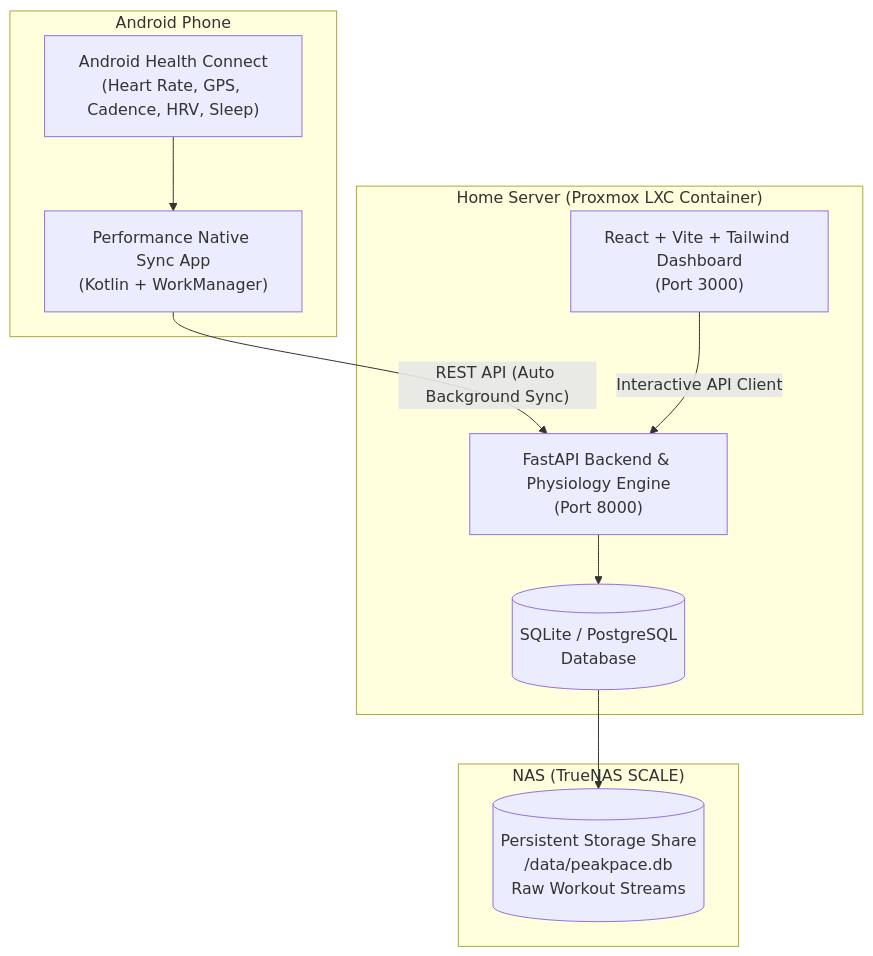
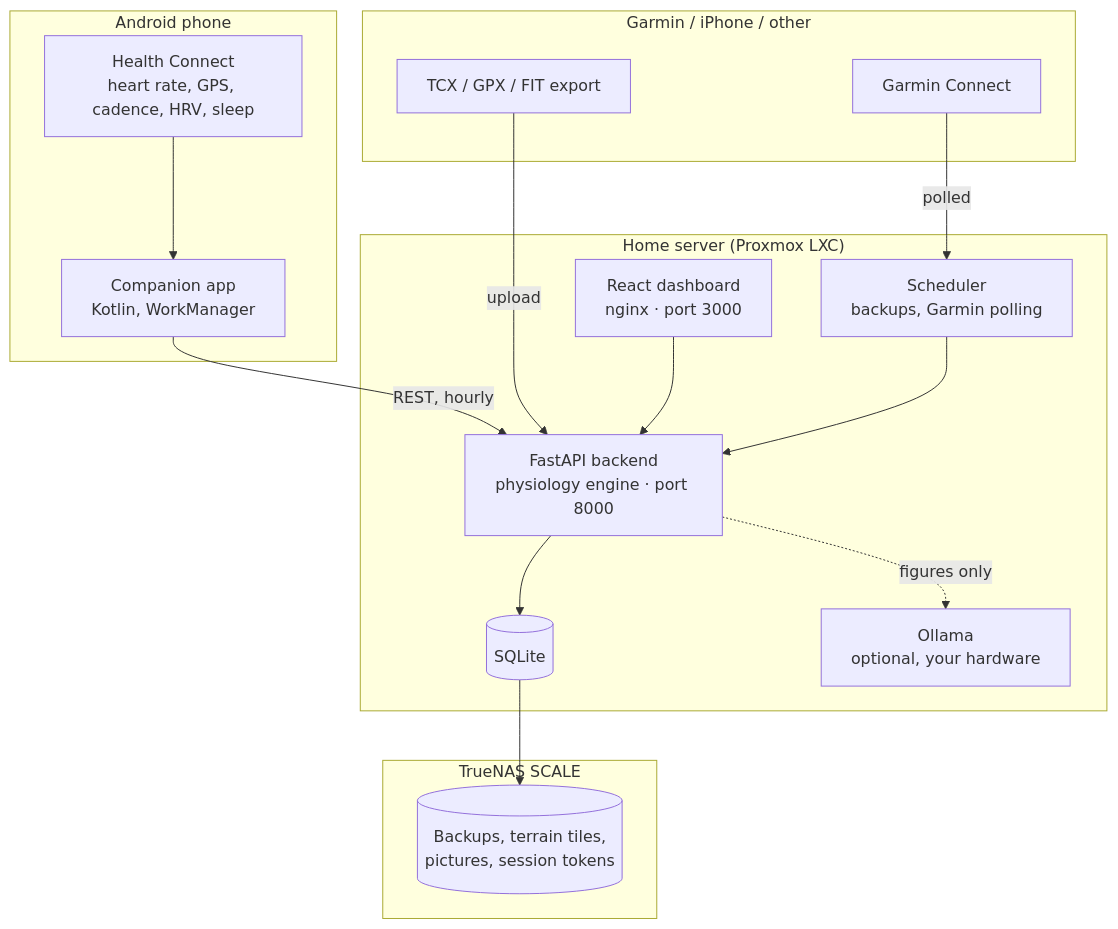
Before and after one commit to pereira-fabio/performance: the diagram in README.md, drawn with Mermaid. The commit also changed other lines of this file and 7 other files, not shown here.

````diff
--- a/README.md
+++ b/README.md
@@ -27,23 +85,34 @@
 ```mermaid
 graph TD
-    subgraph "Android Phone"
-        HC["Android Health Connect\n(Heart Rate, GPS, Cadence, HRV, Sleep)"]
-        APP["Performance Native Sync App\n(Kotlin + WorkManager)"]
+    subgraph phone["Android phone"]
+        HC["Health Connect<br/>heart rate, GPS, cadence, HRV, sleep"]
+        APP["Companion app<br/>Kotlin, WorkManager"]
         HC --> APP
     end
 
-    subgraph "Home Server (Proxmox LXC Container)"
-        API["FastAPI Backend & Physiology Engine\n(Port 8000)"]
-        FE["React + Vite + Tailwind Dashboard\n(Port 3000)"]
-        DB[(SQLite / PostgreSQL\nDatabase)]
+    subgraph other["Garmin / iPhone / other"]
+        GC["Garmin Connect"]
+        FILES["TCX / GPX / FIT export"]
     end
 
-    subgraph "NAS (TrueNAS SCALE)"
-        NAS[("Persistent Storage Share\n/data/peakpace.db\nRaw Workout Streams")]
+    subgraph server["Home server (Proxmox LXC)"]
+        API["FastAPI backend<br/>physiology engine · port 8000"]
+        SCHED["Scheduler<br/>backups, Garmin polling"]
+        FE["React dashboard<br/>nginx · port 3000"]
+        DB[("SQLite")]
+        LLM["Ollama<br/>optional, your hardware"]
     end
 
-    APP -->|"REST API (Auto Background Sync)"| API
-    FE -->|"Interactive API Client"| API
+    subgraph nas["TrueNAS SCALE"]
+        NAS[("Backups, terrain tiles,<br/>pictures, session tokens")]
+    end
+
+    APP -->|"REST, hourly"| API
+    GC -->|"polled"| SCHED
+    FILES -->|"upload"| API
+    FE --> API
+    SCHED --> API
     API --> DB
+    API -.->|"figures only"| LLM
     DB --> NAS
 ```
````
